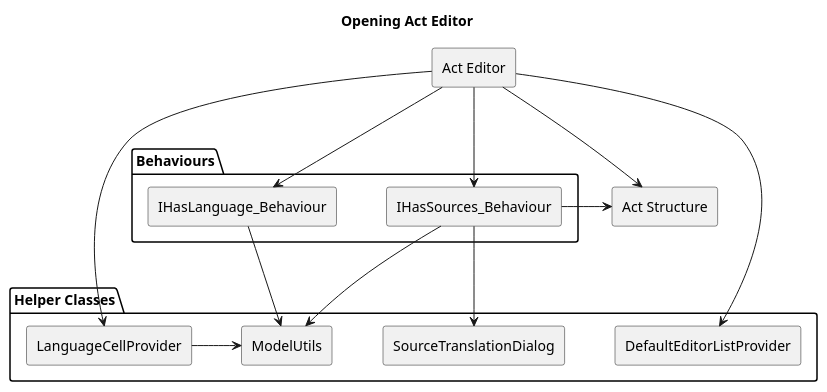
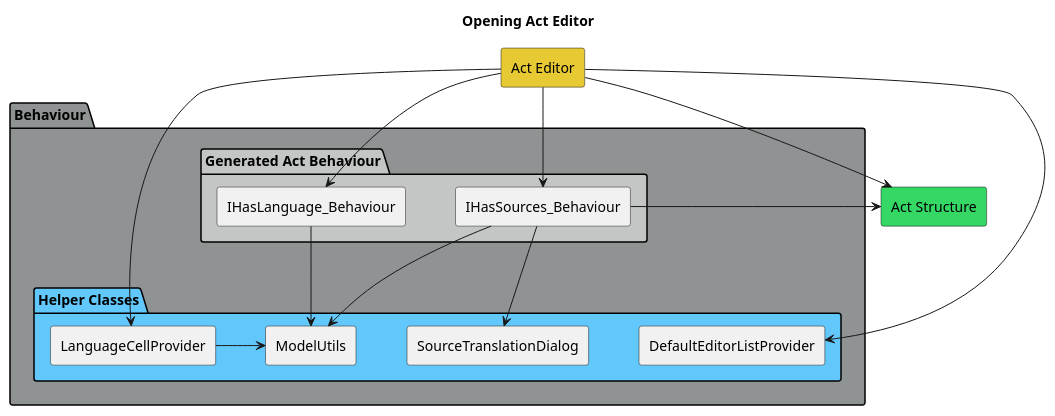
One commit to discipl/flinteditor-mps changed the diagram in docs/diagrams/uml/opening-act-editor.puml. Above: the diagram before and after it, drawn with PlantUML. The commit also changed 1 other file, not shown here.

Commit message:
Changed colors and package names

```diff
--- a/docs/diagrams/uml/opening-act-editor.puml
+++ b/docs/diagrams/uml/opening-act-editor.puml
@@ -1,35 +1,37 @@
 @startuml Opening Act Editor
 title Opening Act Editor
 skinparam componentStyle rectangle
 
 skinparam Ranksep 100
 skinparam Nodesep 50
 
-package Behaviours{
-    component IHasLanguage_Behaviour
-    component IHasSources_Behaviour
+package Behaviour #909393{
+
+    package "Generated Act Behaviour" #C4C6C6{
+        component IHasLanguage_Behaviour
+        component IHasSources_Behaviour
+    }
+    
+    package "Helper Classes" #62C8FB{
+        component ModelUtils
+        component LanguageCellProvider
+        component DefaultEditorListProvider
+        component SourceTranslationDialog
+    }
 }
 
 
-
-package "Helper Classes"{
-    component ModelUtils
-    component LanguageCellProvider
-    component DefaultEditorListProvider
-    component SourceTranslationDialog
-}
-
-component "Act Editor" as actEditor
-component "Act Structure" as ActStruct
+component "Act Editor" as actEditor #E7C933
+component "Act Structure" as ActStruct #35D864
 
 actEditor --> IHasLanguage_Behaviour
 actEditor --> LanguageCellProvider
 actEditor --> ActStruct
 actEditor --> IHasSources_Behaviour
 actEditor --> DefaultEditorListProvider
 IHasLanguage_Behaviour --> ModelUtils
 LanguageCellProvider -> ModelUtils
 IHasSources_Behaviour --> ModelUtils
 IHasSources_Behaviour -> ActStruct
 IHasSources_Behaviour --> SourceTranslationDialog
 @enduml
```
